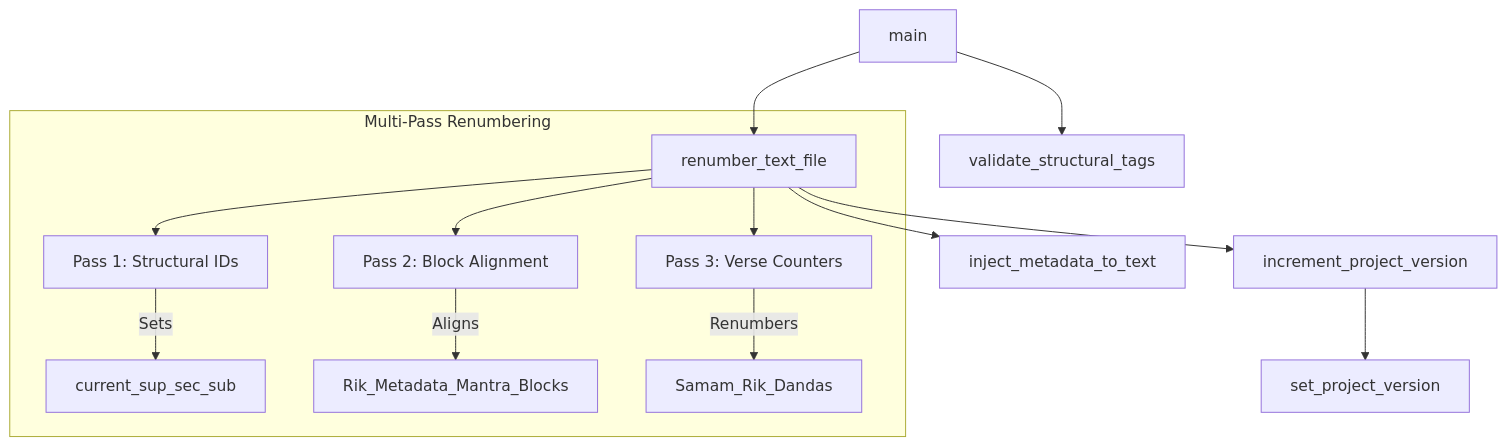
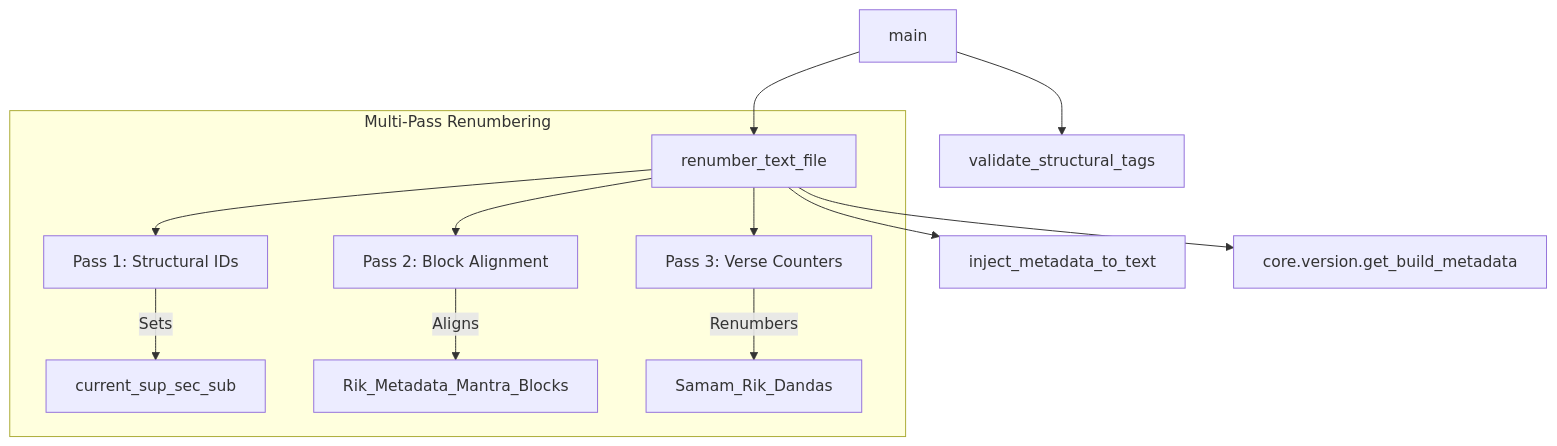
The tenth of 10 diagrams in src/README_DEVELOPER.md (sekharnarayanaswamy-del/jaimineeyasamavedam), drawn with Mermaid before and after one commit. The commit also changed other lines of this file and 68 other files, not shown here.

````diff
--- a/src/README_DEVELOPER.md
+++ b/src/README_DEVELOPER.md
@@ -315,19 +317,18 @@
 ```mermaid
 graph TD
     main --> validate_structural_tags
     main --> renumber_text_file
     
     subgraph Multi-Pass Renumbering
         renumber_text_file --> Pass1[Pass 1: Structural IDs]
         renumber_text_file --> Pass2[Pass 2: Block Alignment]
         renumber_text_file --> Pass3[Pass 3: Verse Counters]
         
         Pass1 -->|Sets| current_sup_sec_sub
         Pass2 -->|Aligns| Rik_Metadata_Mantra_Blocks
         Pass3 -->|Renumbers| Samam_Rik_Dandas
     end
 
     renumber_text_file --> inject_metadata_to_text
-    renumber_text_file --> increment_project_version
-    increment_project_version --> set_project_version
+    renumber_text_file --> core_version[core.version.get_build_metadata]
 ```
````
